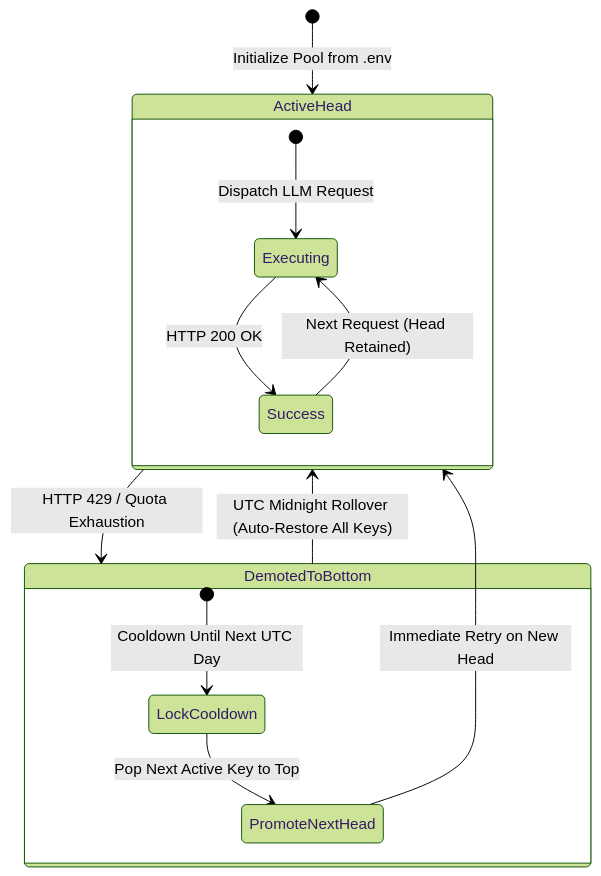
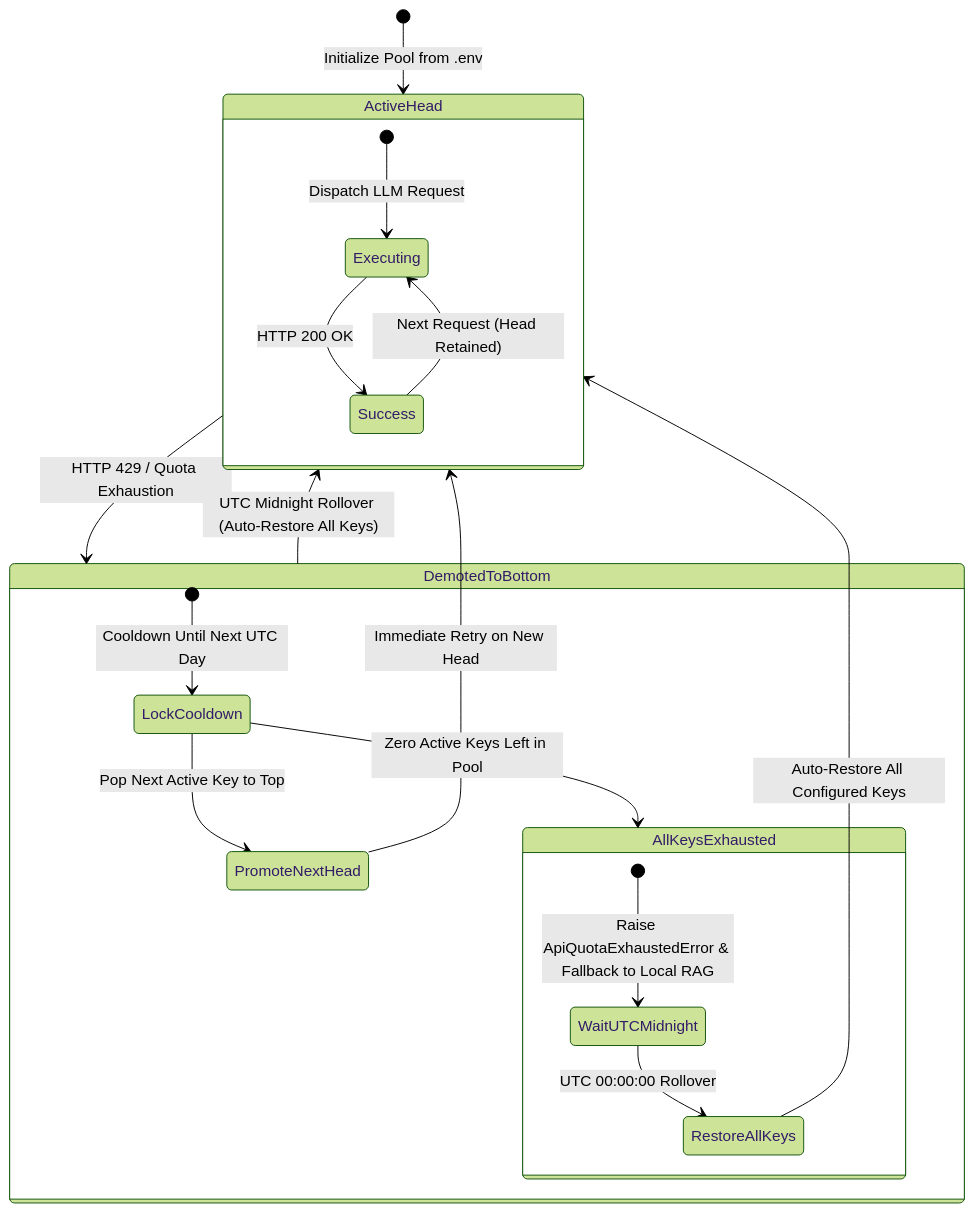
Before and after one commit to vinodhsubramanian123/updatedVendorScrapingNotebook-v2: the fourth of 7 diagrams in docs/ARCHITECTURE_AND_DESIGN.md, drawn with Mermaid (forest theme). The commit also changed other lines of this file and 24 other files, not shown here.

Commit message:
fix(arch): resolve all architecture gaps, standardize taxonomy, add 7-aspect support schema, and harden jules session management

````diff
--- a/docs/ARCHITECTURE_AND_DESIGN.md
+++ b/docs/ARCHITECTURE_AND_DESIGN.md
@@ -95,21 +95,27 @@
 ```mermaid
 stateDiagram-v2
     [*] --> ActiveHead: Initialize Pool from .env
 
     state ActiveHead {
         [*] --> Executing: Dispatch LLM Request
         Executing --> Success: HTTP 200 OK
         Success --> Executing: Next Request (Head Retained)
     }
 
     ActiveHead --> DemotedToBottom: HTTP 429 / Quota Exhaustion
     
     state DemotedToBottom {
         [*] --> LockCooldown: Cooldown Until Next UTC Day
         LockCooldown --> PromoteNextHead: Pop Next Active Key to Top
+        LockCooldown --> AllKeysExhausted: Zero Active Keys Left in Pool
+    }
+
+    state AllKeysExhausted {
+        [*] --> WaitUTCMidnight: Raise ApiQuotaExhaustedError & Fallback to Local RAG
+        WaitUTCMidnight --> RestoreAllKeys: UTC 00:00:00 Rollover
     }
 
     PromoteNextHead --> ActiveHead: Immediate Retry on New Head
-
+    RestoreAllKeys --> ActiveHead: Auto-Restore All Configured Keys
     DemotedToBottom --> ActiveHead: UTC Midnight Rollover (Auto-Restore All Keys)
 ```
````
